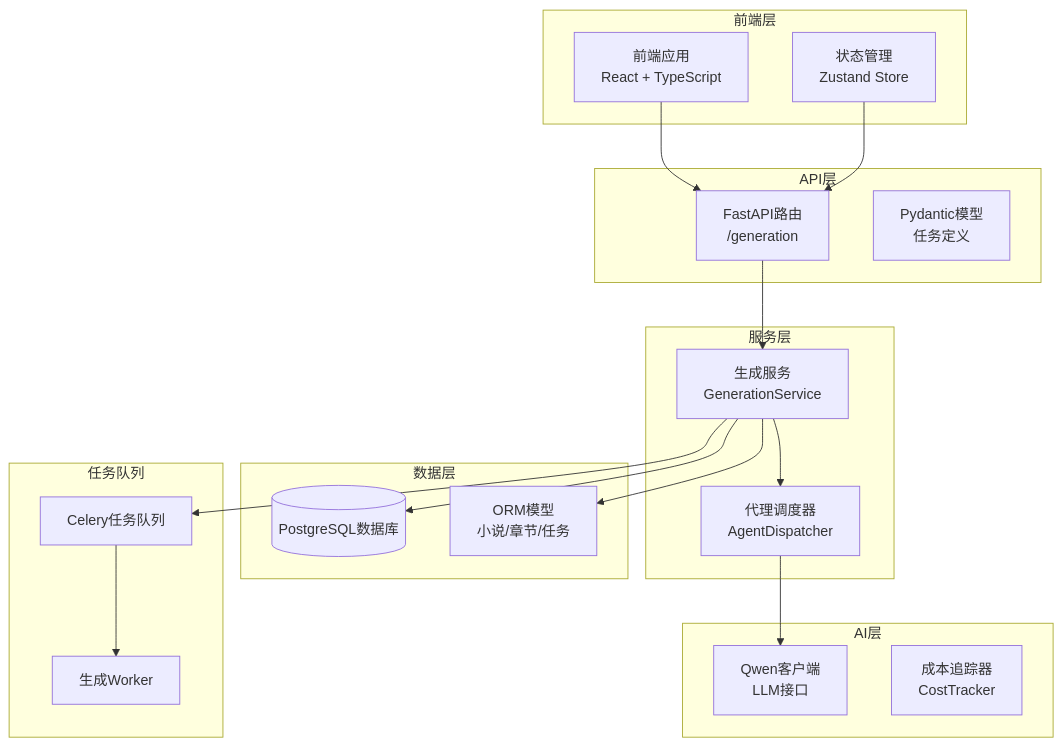
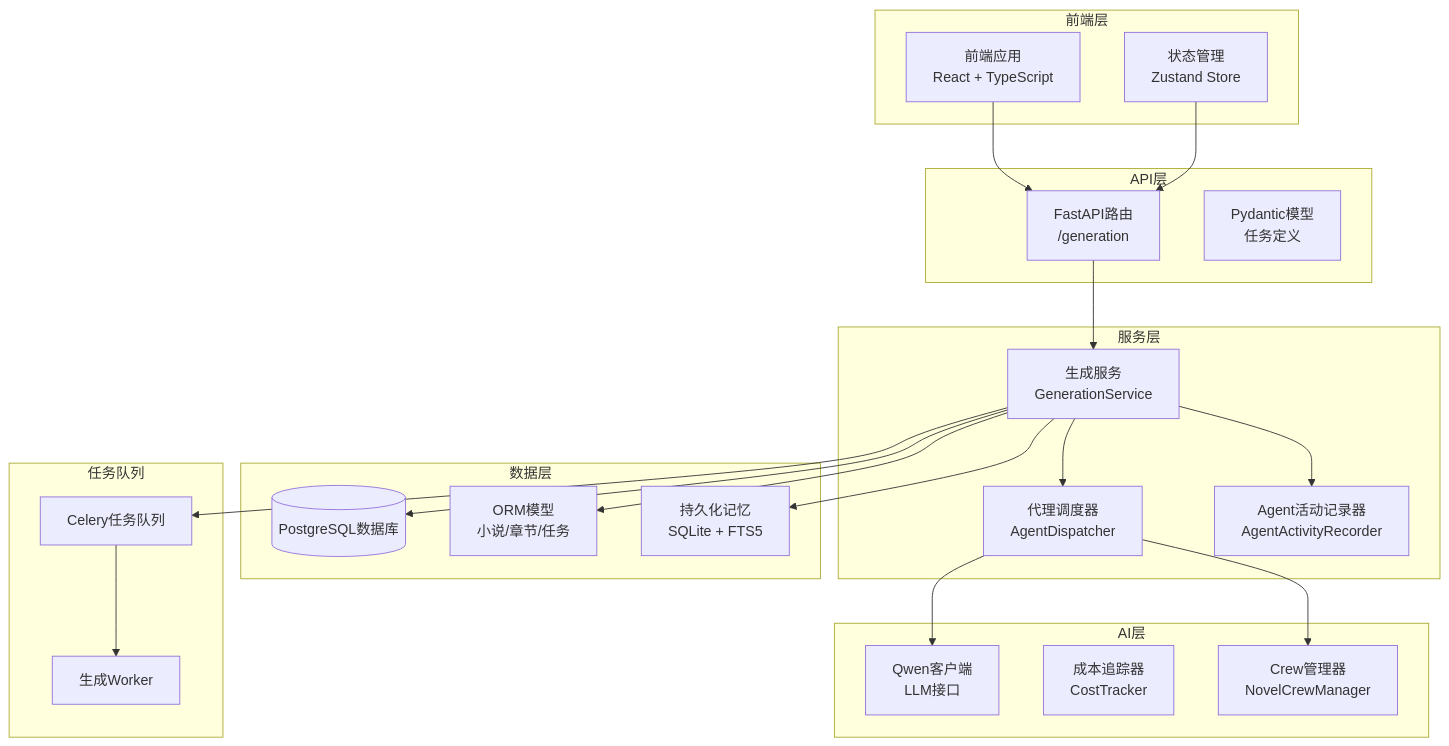
The first of 10 diagrams in .qoder/repowiki/zh/content/Generation Service.md (xfbyxq/ai-novel-system), drawn with Mermaid before and after one commit. The commit also changed other lines of this file and 4 other files, not shown here.

````diff
--- a/.qoder/repowiki/zh/content/Generation Service.md
+++ b/.qoder/repowiki/zh/content/Generation Service.md
@@ -42,36 +60,42 @@
 ```mermaid
 graph TB
 subgraph "前端层"
 FE[前端应用<br/>React + TypeScript]
 Store[状态管理<br/>Zustand Store]
 end
 subgraph "API层"
 API[FastAPI路由<br/>/generation]
 Schema[Pydantic模型<br/>任务定义]
 end
 subgraph "服务层"
 GS[生成服务<br/>GenerationService]
 AD[代理调度器<br/>AgentDispatcher]
+AAR[Agent活动记录器<br/>AgentActivityRecorder]
 end
 subgraph "AI层"
 QC[Qwen客户端<br/>LLM接口]
 CT[成本追踪器<br/>CostTracker]
+CM[Crew管理器<br/>NovelCrewManager]
 end
 subgraph "数据层"
 DB[(PostgreSQL数据库)]
 Model[ORM模型<br/>小说/章节/任务]
+PM[持久化记忆<br/>SQLite + FTS5]
 end
 subgraph "任务队列"
 Celery[Celery任务队列]
 Worker[生成Worker]
 end
 FE --> API
 Store --> API
 API --> GS
 GS --> AD
+GS --> AAR
 AD --> QC
+AD --> CM
 GS --> DB
+GS --> PM
 GS --> Model
 GS --> Celery
 Celery --> Worker
 ```
````
